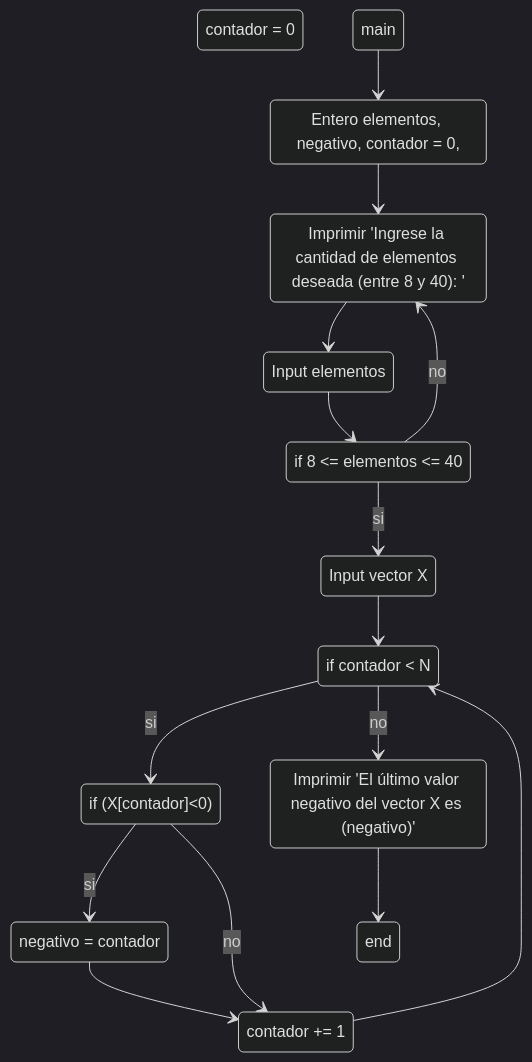
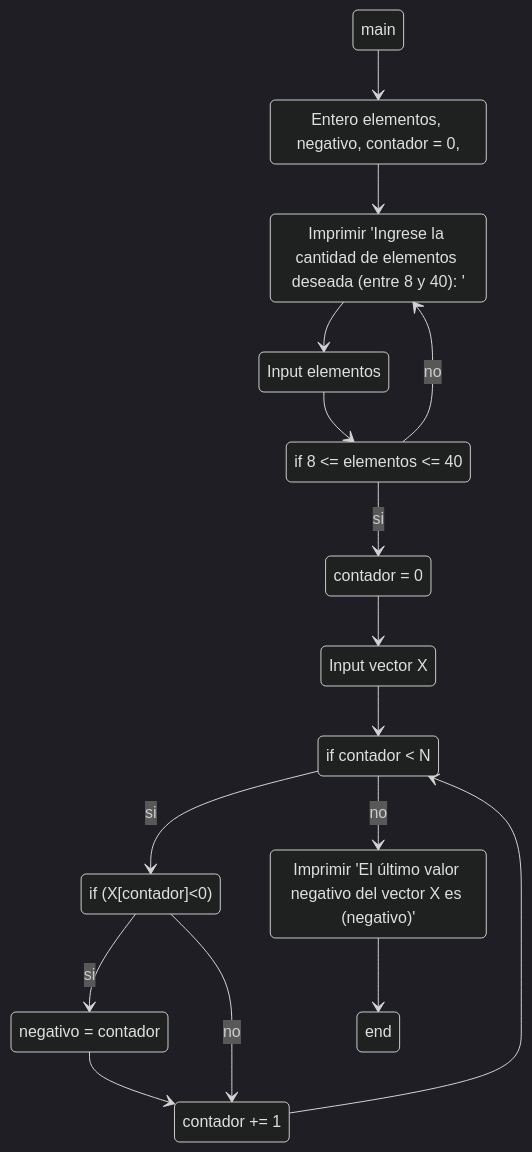
Before and after one commit to ValentinJM/TP-8: the diagram in Ejercicios TP8 bis/2.md, drawn with Mermaid (dark theme).

````diff
--- a/Ejercicios TP8 bis/2.md
+++ b/Ejercicios TP8 bis/2.md
@@ -2,29 +2,30 @@
 ```mermaid
 stateDiagram-v2
 state "Entero elementos, negativo, contador = 0," as def
 state "Imprimir 'Ingrese la cantidad de elementos deseada (entre 8 y 40): '" as cant
 state "Input elementos" as elem
 state "if 8 <= elementos <= 40" as cond0
 state "Input vector X" as vector
 state "contador = 0" as back
 state "if contador < N" as cond
 state "if (X[contador]<0)" as cond2
 state "negativo = contador" as neg
 state "contador += 1" as cont
 state "Imprimir 'El último valor negativo del vector X es (negativo)'" as print
     main --> def
     def --> cant
     cant --> elem
     elem --> cond0
-    cond0 --> vector : si
+    cond0 --> back : si
     cond0 --> cant : no
+    back --> vector
     vector --> cond
     cond --> cond2 : si
     cond --> print : no
     cond2 --> neg : si
     neg --> cont
     cont --> cond
     cond2 --> cont : no
     
     print --> end
 ```
````
